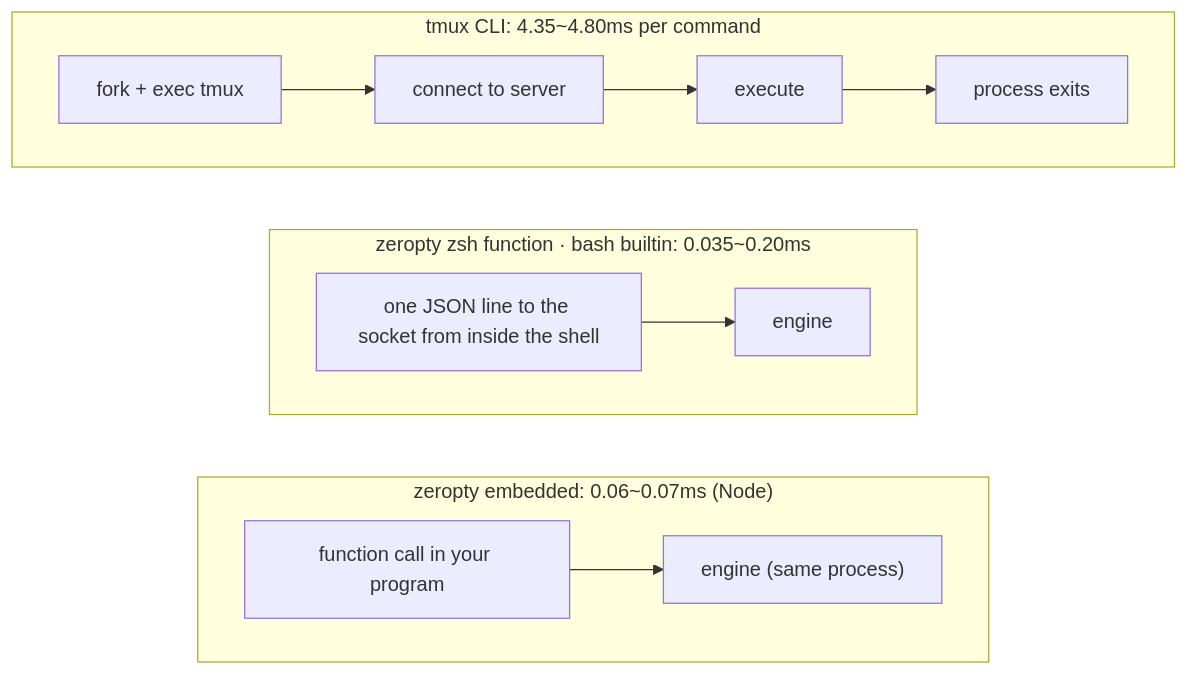
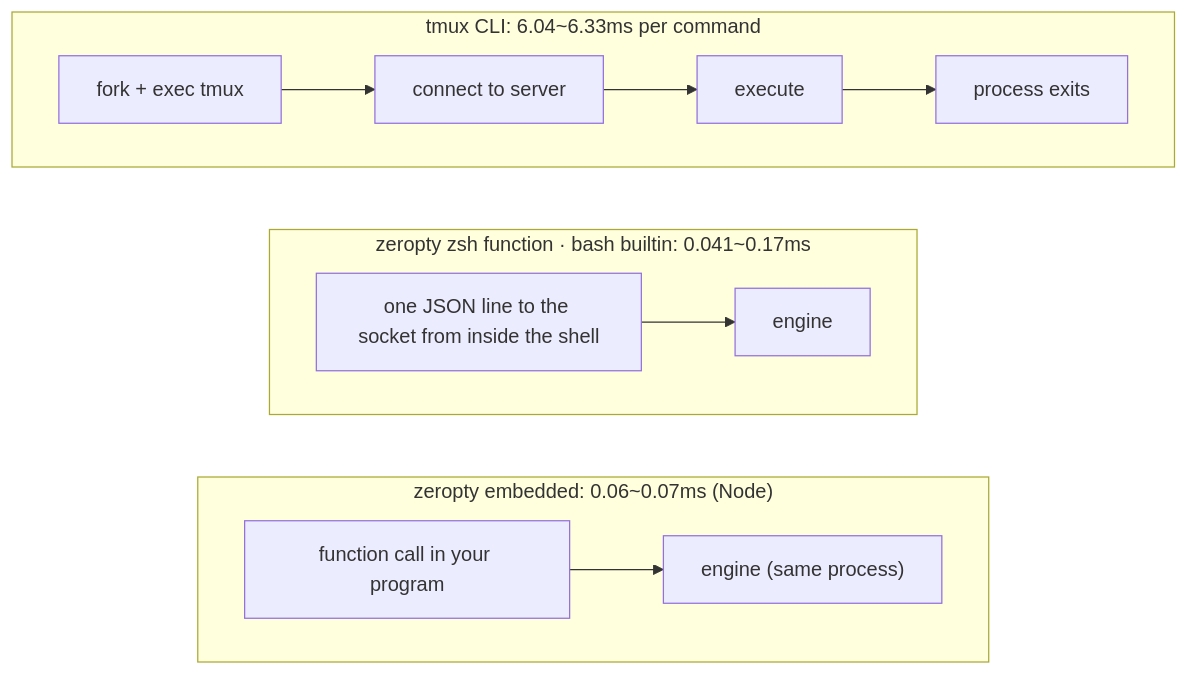
The fifth of 5 diagrams in docs/DESIGN.md (CreatiCoding/zeropty), drawn with Mermaid before and after one commit. The commit also changed other lines of this file and 7 other files, not shown here.

````diff
--- a/docs/DESIGN.md
+++ b/docs/DESIGN.md
@@ -162,16 +162,16 @@
 ```mermaid
 flowchart TB
-  subgraph tmux["tmux CLI: 4.35~4.80ms per command"]
+  subgraph tmux["tmux CLI: 6.04~6.33ms per command"]
     direction LR
     t1["fork + exec tmux"] --> t2["connect to server"] --> t3["execute"] --> t4["process exits"]
   end
-  subgraph zsh["zeropty zsh function · bash builtin: 0.035~0.20ms"]
+  subgraph zsh["zeropty zsh function · bash builtin: 0.041~0.17ms"]
     direction LR
     z1["one JSON line to the socket from inside the shell"] --> z2["engine"]
   end
   subgraph emb["zeropty embedded: 0.06~0.07ms (Node)"]
     direction LR
     e1["function call in your program"] --> e2["engine (same process)"]
   end
   tmux ~~~ zsh ~~~ emb
 ```
````
